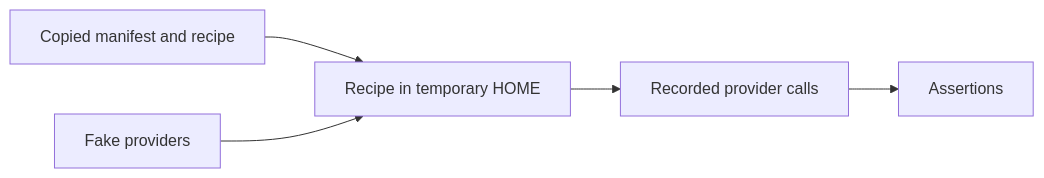
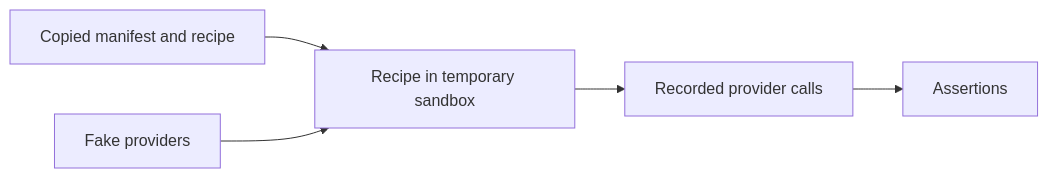
The diagram in docs/baseline-acceptance-test.md (a-scolan/DevRecipe), drawn with Mermaid before and after one commit. The commit also changed other lines of this file and 61 other files, not shown here.

````diff
--- a/docs/baseline-acceptance-test.md
+++ b/docs/baseline-acceptance-test.md
@@ -9,7 +9,7 @@
 ```mermaid
 flowchart LR
-    M[Copied manifest and recipe] --> R[Recipe in temporary HOME]
+    M[Copied manifest and recipe] --> R[Recipe in temporary sandbox]
     F[Fake providers] --> R
     R --> L[Recorded provider calls]
     L --> A[Assertions]
 ```
````
